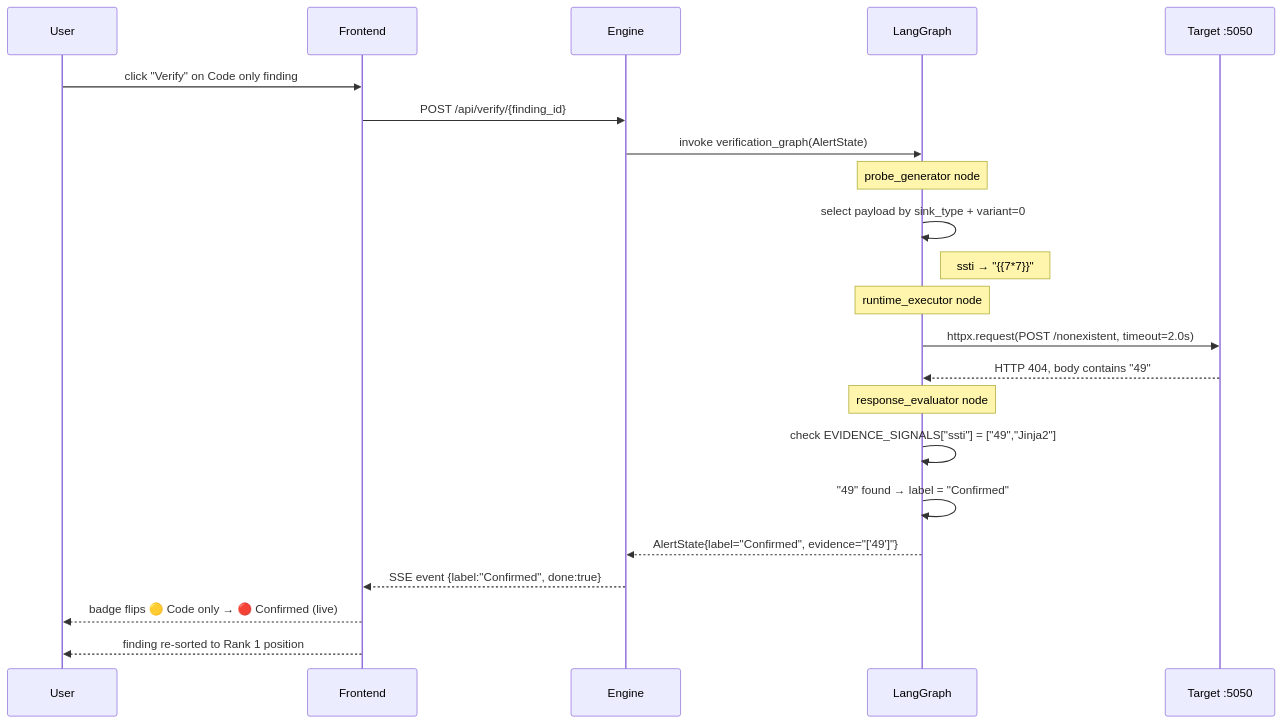
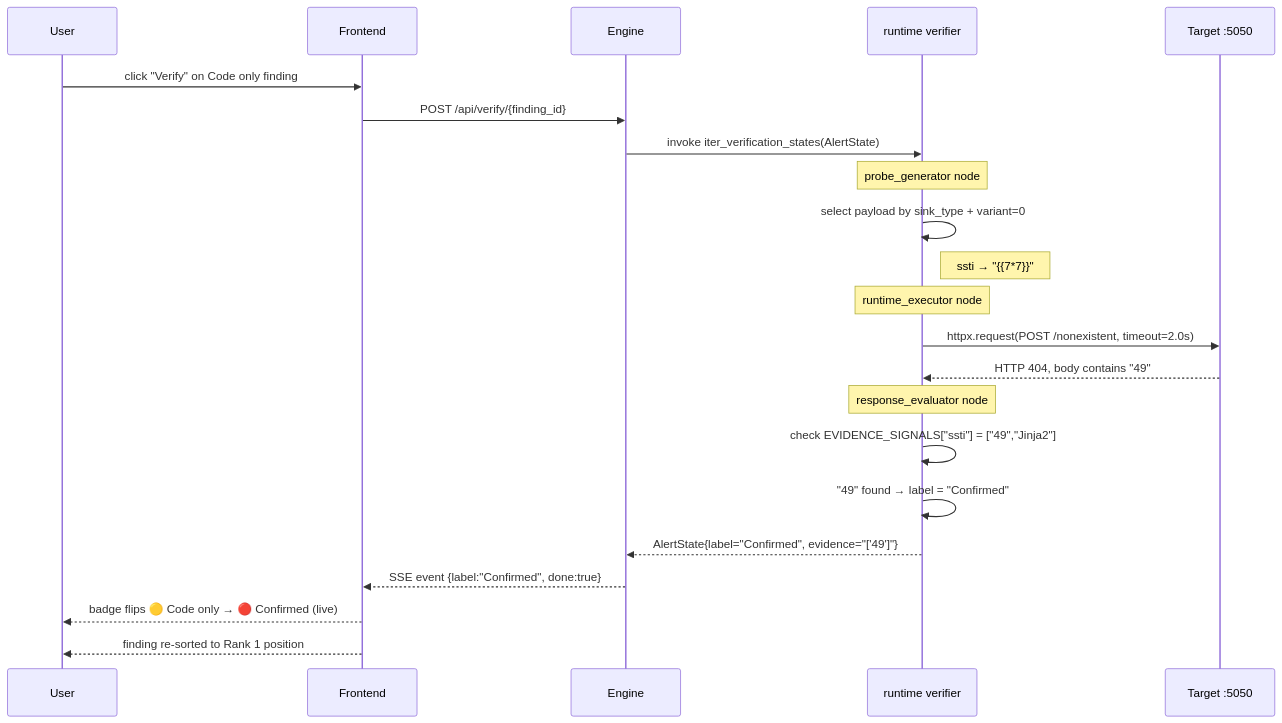
The fourth of 25 diagrams in HACKATHON/docs/P06-Architecture.md (Halcyora/mitigata), drawn with Mermaid before and after one commit. The commit also changed other lines of this file and 45 other files, not shown here.

````diff
--- a/HACKATHON/docs/P06-Architecture.md
+++ b/HACKATHON/docs/P06-Architecture.md
@@ -173,29 +173,29 @@
 ```mermaid
 sequenceDiagram
     participant U as User
     participant FE as Frontend
     participant E as Engine
-    participant LG as LangGraph
+    participant LG as runtime verifier
     participant T as Target :5050
 
     U->>FE: click "Verify" on Code only finding
     FE->>E: POST /api/verify/{finding_id}
-    E->>LG: invoke verification_graph(AlertState)
+    E->>LG: invoke iter_verification_states(AlertState)
 
     Note over LG: probe_generator node
     LG->>LG: select payload by sink_type + variant=0
     Note right of LG: ssti → "{{7*7}}"
 
     Note over LG: runtime_executor node
     LG->>T: httpx.request(POST /nonexistent, timeout=2.0s)
     T-->>LG: HTTP 404, body contains "49"
 
     Note over LG: response_evaluator node
     LG->>LG: check EVIDENCE_SIGNALS["ssti"] = ["49","Jinja2"]
     LG->>LG: "49" found → label = "Confirmed"
 
     LG-->>E: AlertState{label="Confirmed", evidence="['49']"}
     E-->>FE: SSE event {label:"Confirmed", done:true}
     FE-->>U: badge flips 🟡 Code only → 🔴 Confirmed (live)
     FE-->>U: finding re-sorted to Rank 1 position
 ```
````
